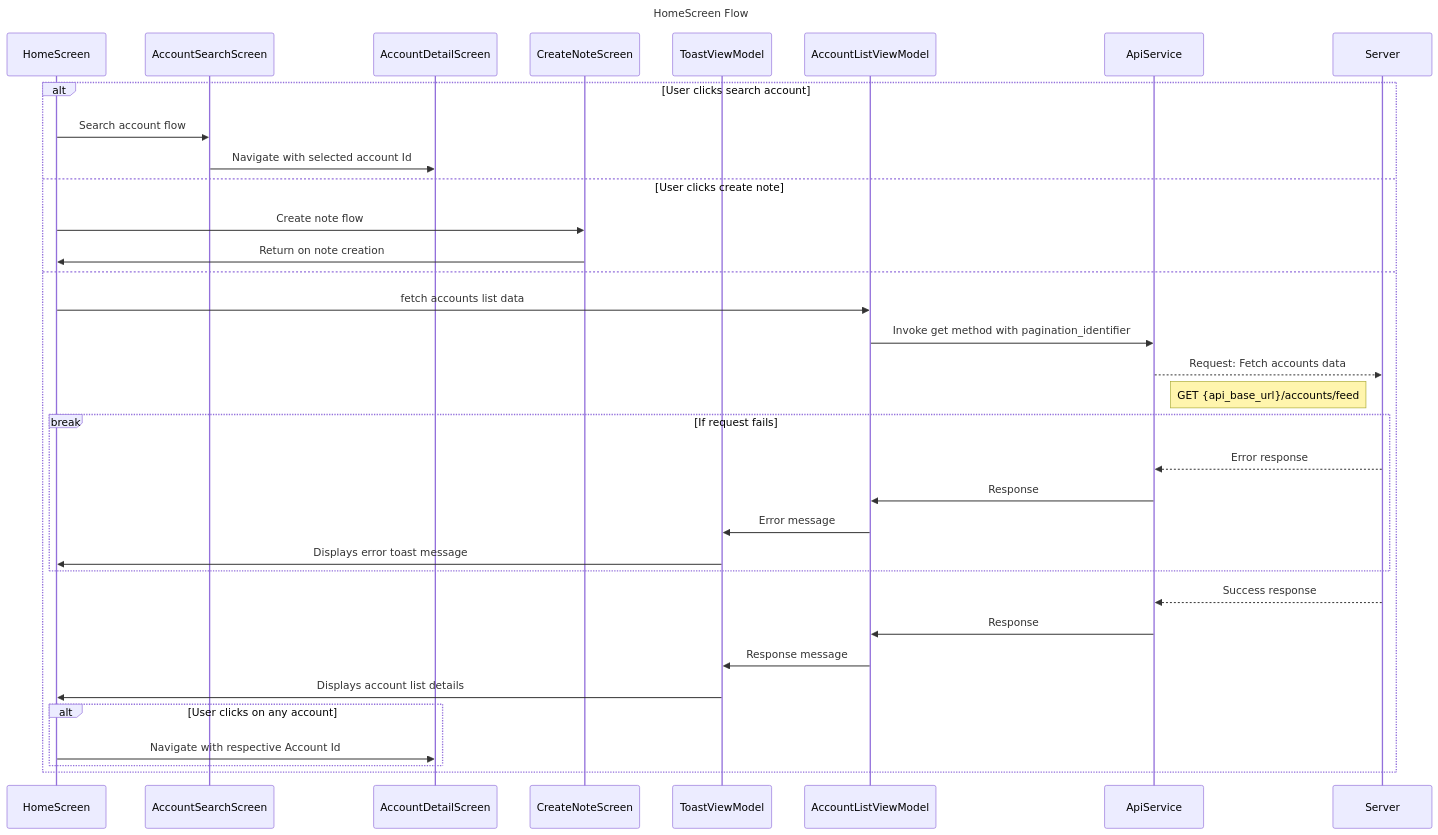
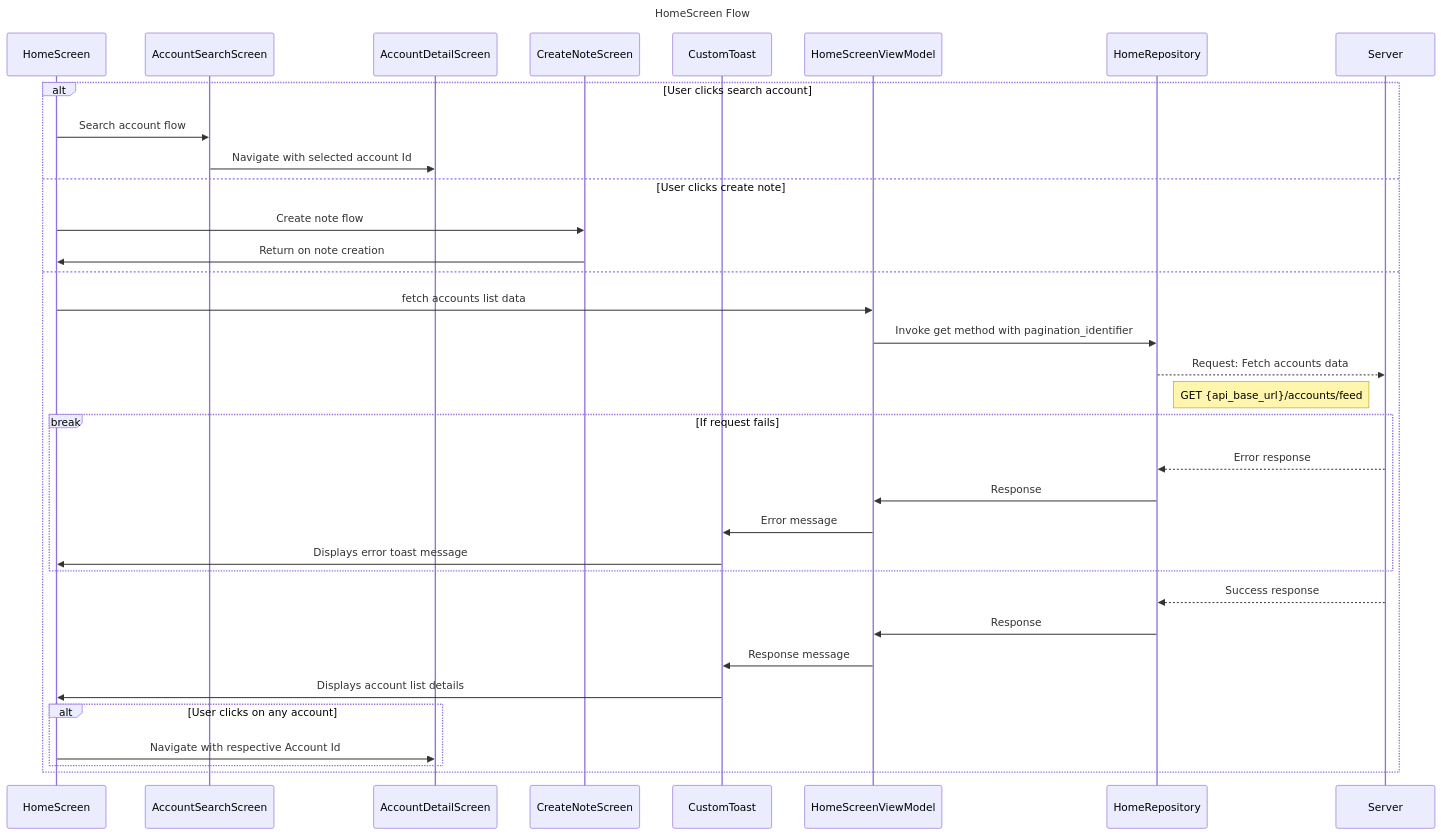
The diagram in flowDiagrams/IOS/HomeScreen.mermaid (TrueSparrowSystems/AI-SalesSparrow-Docs), drawn with Mermaid before and after one commit. The commit also changed 4 other files, not shown here.

Commit message:
Updated review changes for andriod app flows

```diff
--- a/flowDiagrams/IOS/HomeScreen.mermaid
+++ b/flowDiagrams/IOS/HomeScreen.mermaid
@@ -1,44 +1,43 @@
 sequenceDiagram
     title HomeScreen Flow
 
     participant HS as HomeScreen
     participant ASS as AccountSearchScreen
     participant ADS as AccountDetailScreen
     participant CNS as CreateNoteScreen
-    participant TVM as ToastViewModel
-    participant ALVM as AccountListViewModel
-    participant AS as ApiService
+    participant CT as CustomToast
+    participant HSVM as HomeScreenViewModel
+    participant HR as HomeRepository
     participant S as Server
 
     alt  User clicks search account
         HS->>ASS: Search account flow
         ASS->>ADS: Navigate with selected account Id
-
 
     else  User clicks create note
         HS->>CNS: Create note flow
         CNS->>HS: Return on note creation
 
     else
 
-    HS->>ALVM : fetch accounts list data
-    ALVM->>AS: Invoke get method with pagination_identifier
-    AS-->>S : Request: Fetch accounts data
-    note right of AS: GET {api_base_url}/accounts/feed
+    HS->>HSVM : fetch accounts list data
+    HSVM->>HR: Invoke get method with pagination_identifier
+    HR-->>S : Request: Fetch accounts data
+    note right of HR: GET {api_base_url}/accounts/feed
 
     break If request fails
-        S-->>AS: Error response
-        AS->>ALVM: Response
-        ALVM->>TVM: Error message
-        TVM->>HS: Displays error toast message
+        S-->>HR: Error response
+        HR->>HSVM: Response
+        HSVM->>CT: Error message
+        CT->>HS: Displays error toast message
     end
     
-    S-->>AS: Success response
-    AS->>ALVM: Response
-    ALVM->>TVM: Response message
-    TVM->>HS: Displays account list details
-
+    S-->>HR: Success response
+    HR->>HSVM: Response
+    HSVM->>CT: Response message
+    CT->>HS: Displays account list details
+    
     alt User clicks on any account  
         HS->>ADS:  Navigate with respective Account Id
     end
     end
```
